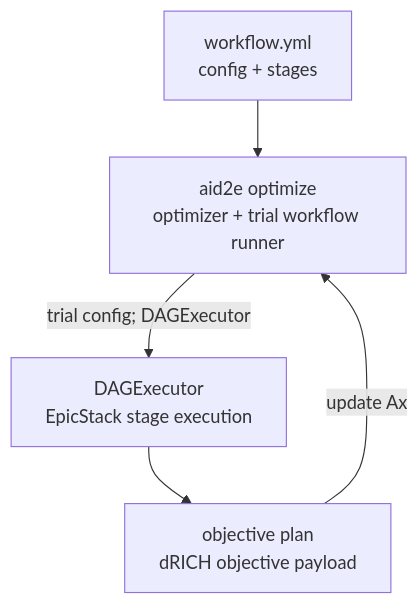
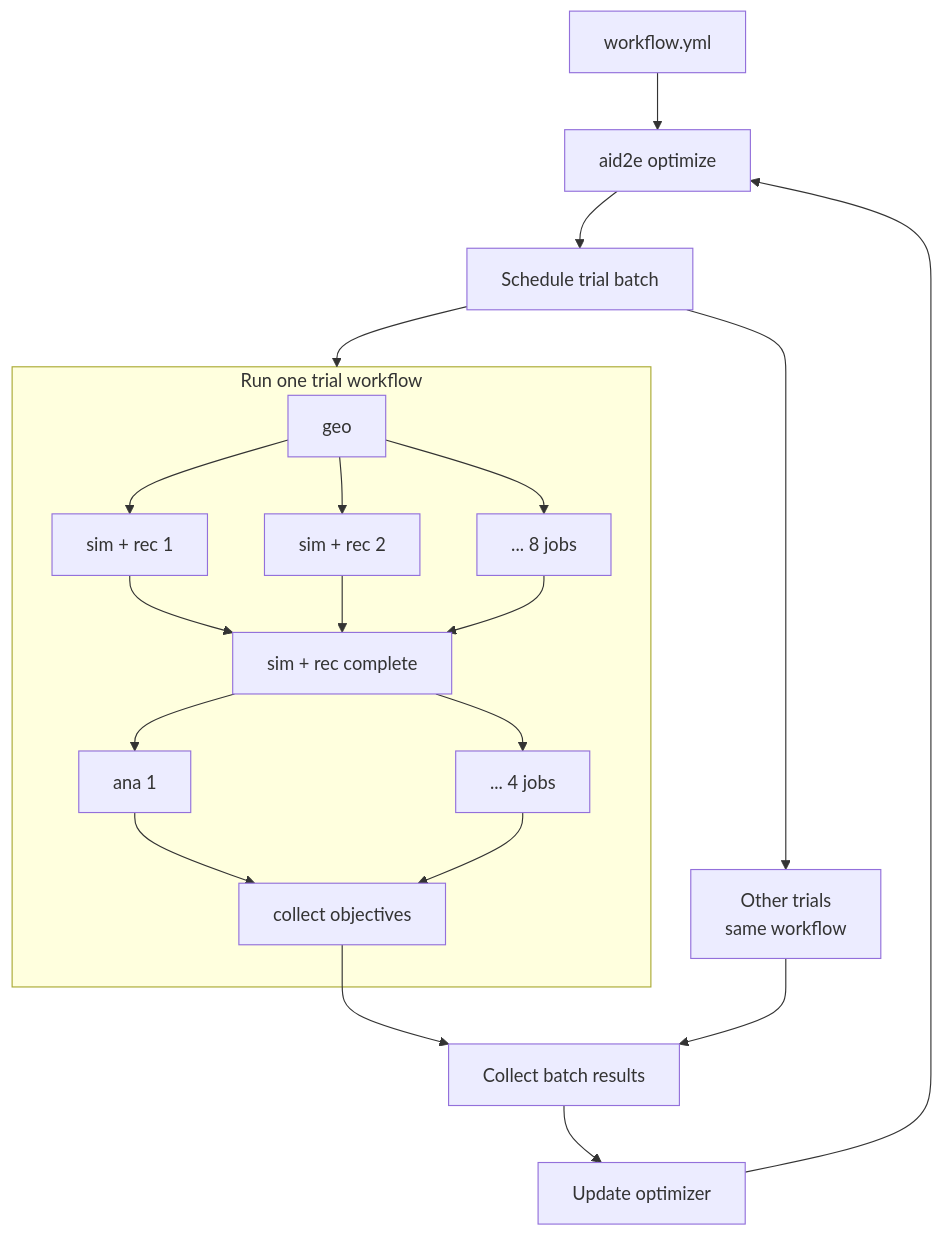
One commit to aid2e/AID2E-framework changed the diagram in examples/drich/README.md. Above: the diagram before and after it, drawn with Mermaid. The commit also changed other lines of this file and 14 other files, not shown here.

````diff
--- a/examples/drich/README.md
+++ b/examples/drich/README.md
@@ -33,12 +33,27 @@
 ```mermaid
 flowchart TB
-  C["workflow.yml<br/>config + stages"]
-  O["aid2e optimize<br/>optimizer + trial workflow runner"]
-  E["DAGExecutor<br/>EpicStack stage execution"]
-  R["objective plan<br/>dRICH objective payload"]
+  C["workflow.yml"] --> O["aid2e optimize"]
+  O --> B["Schedule trial batch"]
 
-  C --> O
-  O -->|"trial config; DAGExecutor"| E
-  E --> R
-  R -->|"update Ax"| O
+  subgraph T["Run one trial workflow"]
+    G["geo"]
+    G --> S1["sim + rec 1"]
+    G --> S2["sim + rec 2"]
+    G --> SN["... 8 jobs"]
+
+    S1 --> SF["sim + rec complete"]
+    S2 --> SF
+    SN --> SF
+
+    SF --> A1["ana 1"]
+    SF --> AN["... 4 jobs"]
+    A1 --> M["collect objectives"]
+    AN --> M
+  end
+
+  B --> T
+  B --> N["Other trials<br/>same workflow"]
+  M --> R["Collect batch results"]
+  N --> R
+  R --> U["Update optimizer"] --> O
 ```
````
